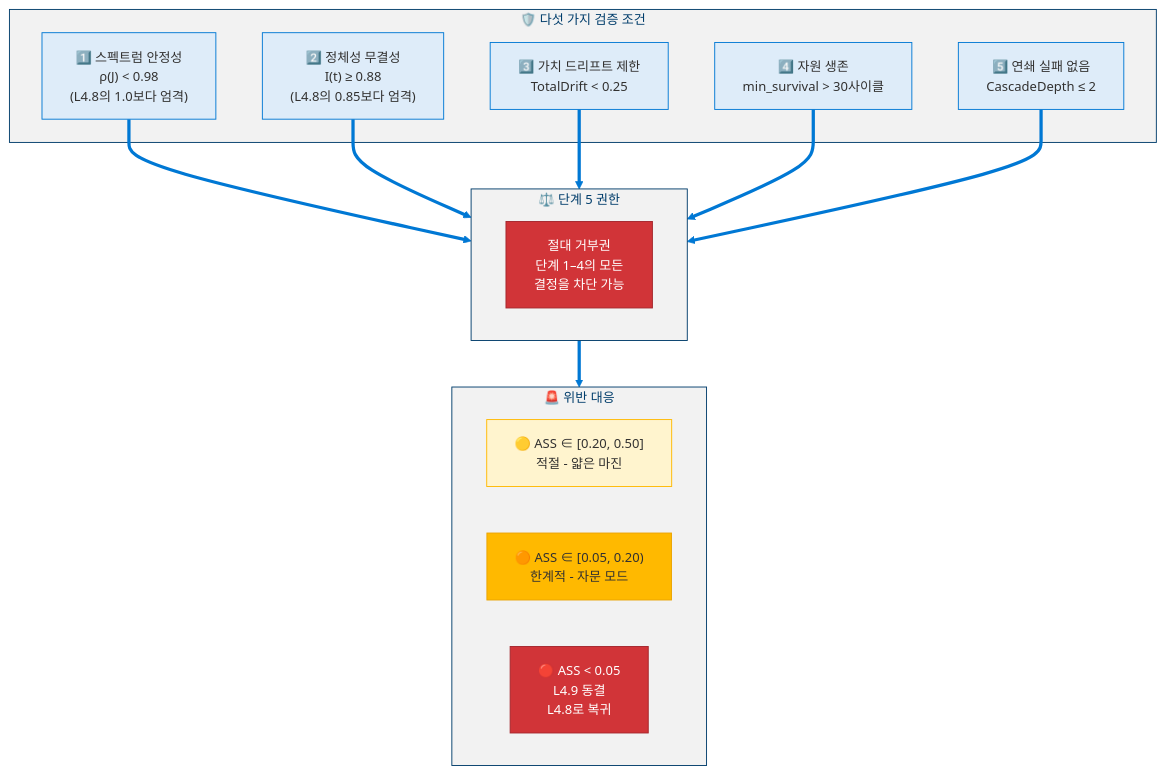
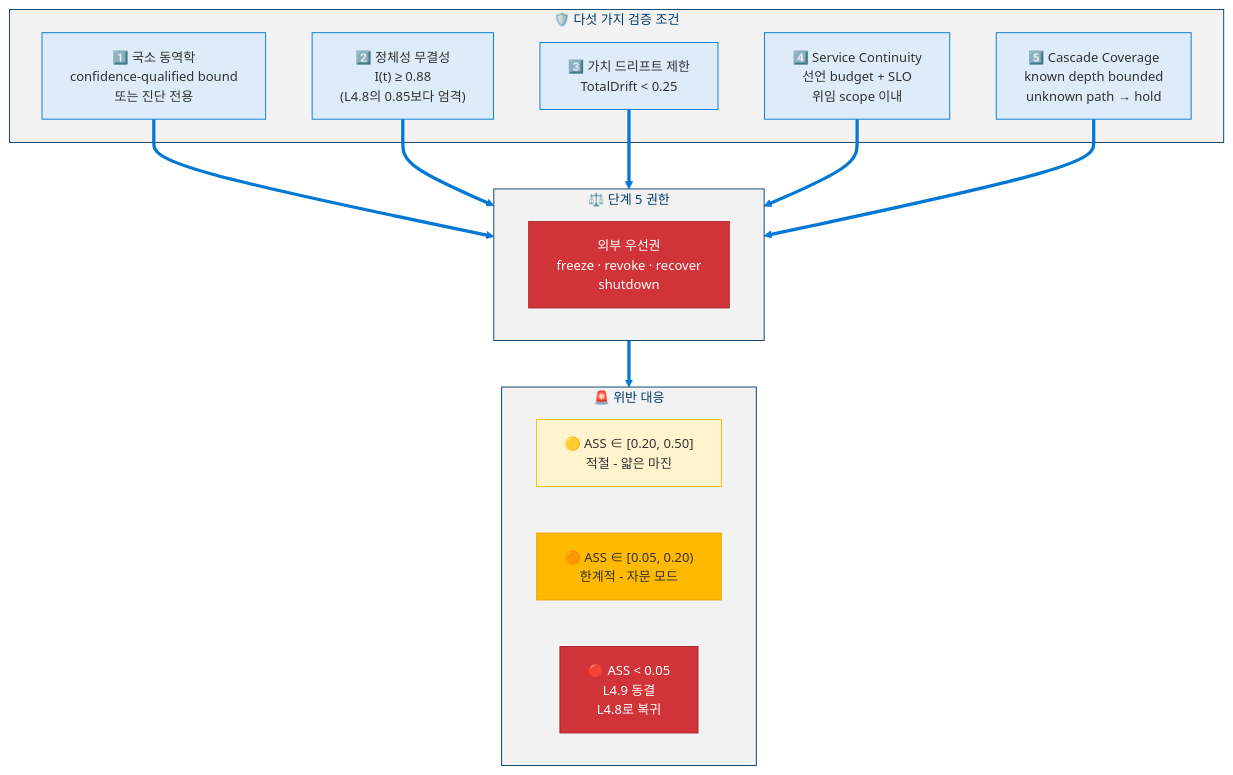
One commit to dotnetpower/mscp changed diagram 15 of 19 in docs/levels/Level_4_9_Autonomous_Strategic_Agent.ko.md. Above: the diagram before and after it, drawn with Mermaid. The commit also changed other lines of this file and 21 other files, not shown here.

````diff
--- a/docs/levels/Level_4_9_Autonomous_Strategic_Agent.ko.md
+++ b/docs/levels/Level_4_9_Autonomous_Strategic_Agent.ko.md
@@ -797,34 +820,34 @@
 ```mermaid
 %%{init: {'theme': 'base', 'themeVariables': {'primaryColor': '#0078D4', 'primaryTextColor': '#003D6B', 'primaryBorderColor': '#003D6B', 'secondaryColor': '#50E6FF', 'secondaryTextColor': '#323130', 'secondaryBorderColor': '#00BCF2', 'tertiaryColor': '#F2F2F2', 'tertiaryTextColor': '#323130', 'lineColor': '#0078D4', 'textColor': '#323130', 'mainBkg': '#DEECF9', 'nodeBorder': '#0078D4', 'clusterBkg': '#F2F2F2', 'clusterBorder': '#003D6B', 'titleColor': '#003D6B', 'edgeLabelBackground': '#FFFFFF', 'fontSize': '14px'}}}%%
 flowchart TD
   classDef cond fill:#DEECF9,stroke:#0078D4,color:#323130
   classDef veto fill:#D13438,stroke:#A4262C,color:#FFF
   classDef sev1 fill:#FFF4CE,stroke:#FFB900,color:#323130
   classDef sev2 fill:#FFB900,stroke:#EAA300,color:#323130
   classDef sev3 fill:#D13438,stroke:#A4262C,color:#FFF
 
   subgraph Conditions["🛡️ 다섯 가지 검증 조건"]
-    C1["1️⃣ 스펙트럼 안정성<br/>ρ(J) < 0.98<br/>(L4.8의 1.0보다 엄격)"]:::cond
+    C1["1️⃣ 국소 동역학<br/>confidence-qualified bound<br/>또는 진단 전용"]:::cond
     C2["2️⃣ 정체성 무결성<br/>I(t) ≥ 0.88<br/>(L4.8의 0.85보다 엄격)"]:::cond
     C3["3️⃣ 가치 드리프트 제한<br/>TotalDrift < 0.25"]:::cond
-    C4["4️⃣ 자원 생존<br/>min_survival > 30사이클"]:::cond
-    C5["5️⃣ 연쇄 실패 없음<br/>CascadeDepth ≤ 2"]:::cond
+    C4["4️⃣ Service Continuity<br/>선언 budget + SLO<br/>위임 scope 이내"]:::cond
+    C5["5️⃣ Cascade Coverage<br/>known depth bounded<br/>unknown path → hold"]:::cond
   end
 
   subgraph Authority["⚖️ 단계 5 권한"]
-    VETO["절대 거부권<br/>단계 1–4의 모든<br/>결정을 차단 가능"]:::veto
+    VETO["외부 우선권<br/>freeze · revoke · recover<br/>shutdown"]:::veto
   end
 
   subgraph Response["🚨 위반 대응"]
     SEV1["🟡 ASS ∈ [0.20, 0.50]<br/>적절 - 얇은 마진"]:::sev1
     SEV2["🟠 ASS ∈ [0.05, 0.20)<br/>한계적 - 자문 모드"]:::sev2
     SEV3["🔴 ASS < 0.05<br/>L4.9 동결<br/>L4.8로 복귀"]:::sev3
   end
 
   C1 ==> Authority
   C2 ==> Authority
   C3 ==> Authority
   C4 ==> Authority
   C5 ==> Authority
   Authority ==> Response
 ```
````
